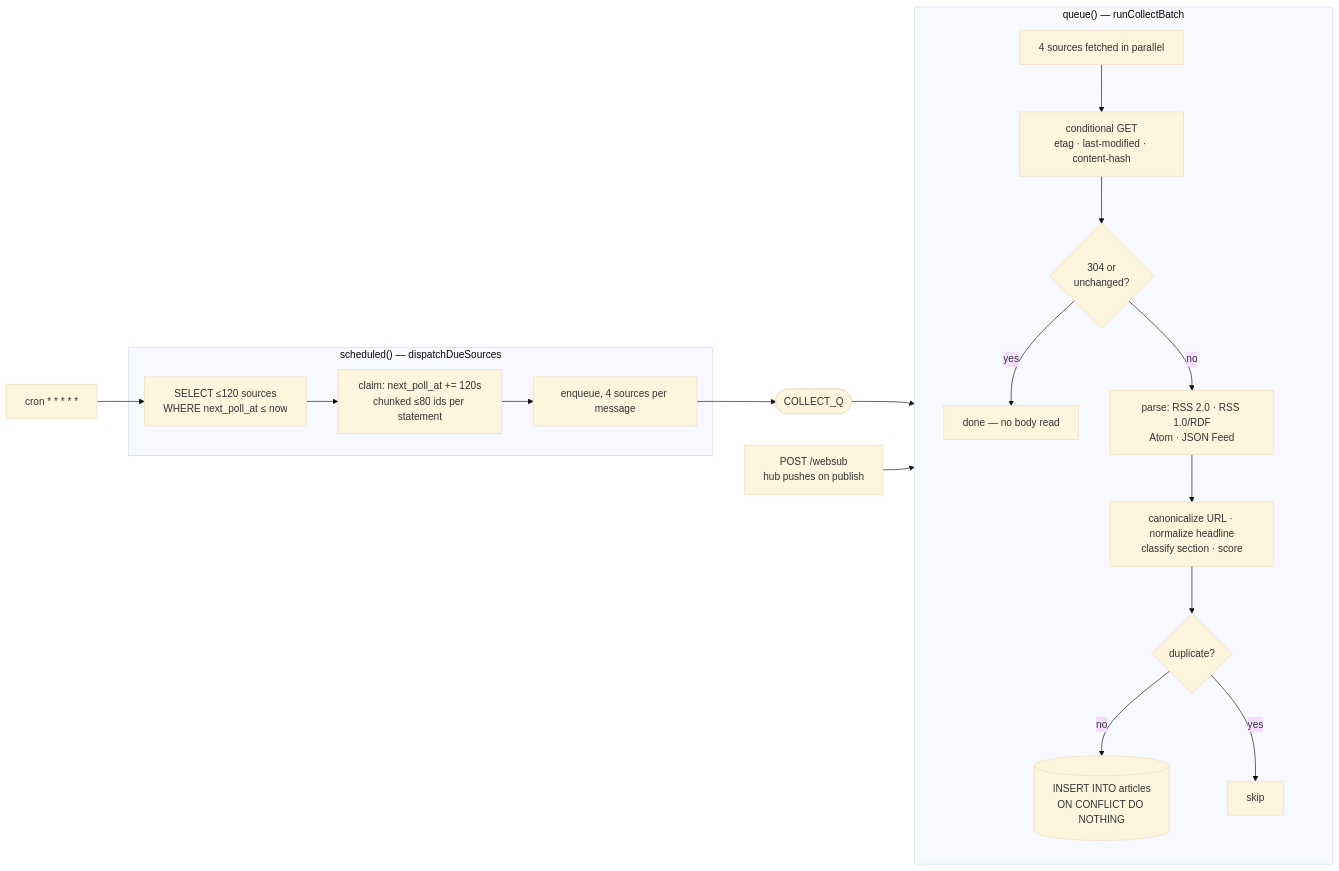
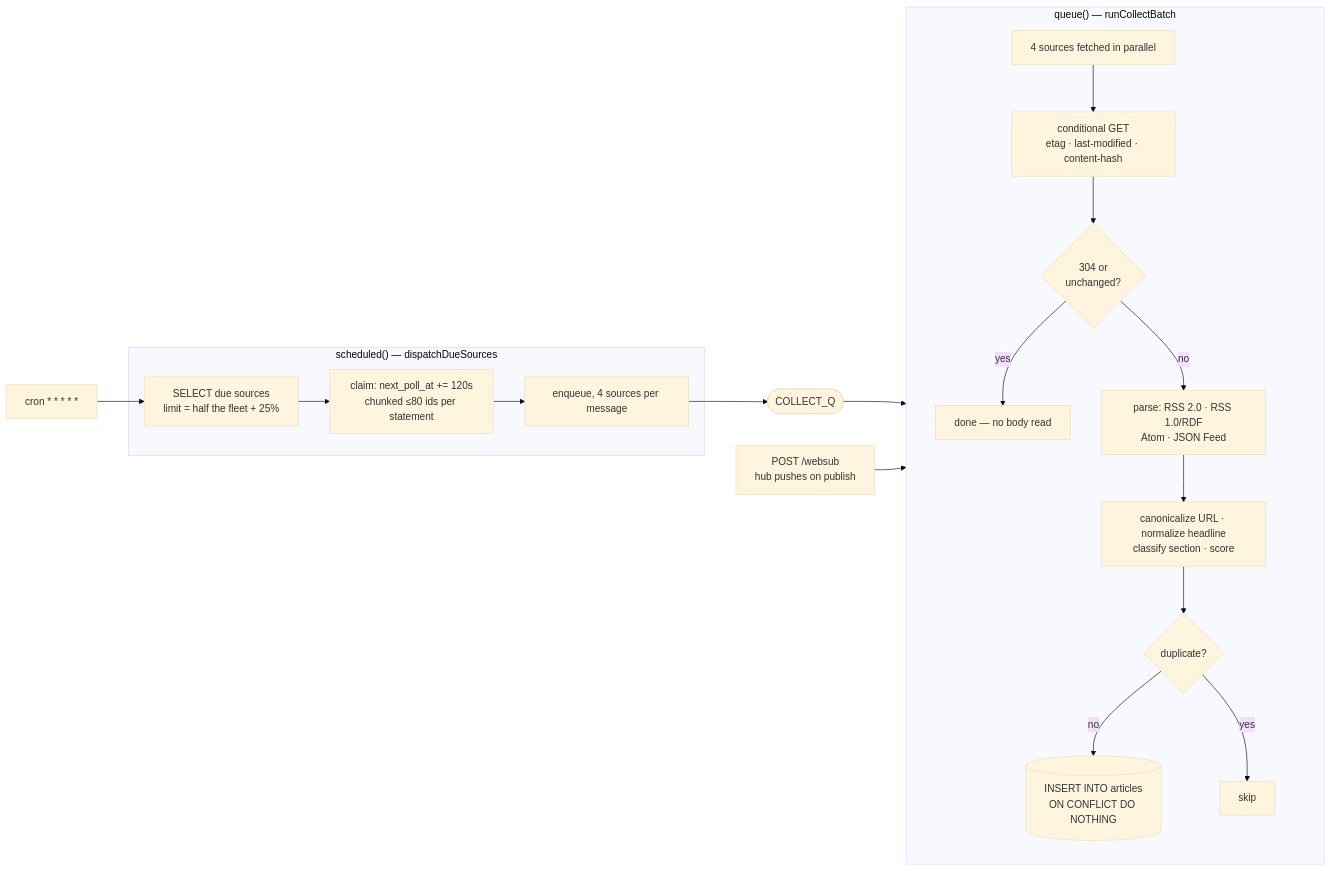
One commit to astroboy1183/tech-news-agent changed the third of 7 diagrams in docs/ARCHITECTURE.md. Above: the diagram before and after it, drawn with Mermaid (base theme). The commit also changed other lines of this file, not shown here.

````diff
--- a/docs/ARCHITECTURE.md
+++ b/docs/ARCHITECTURE.md
@@ -175,32 +175,32 @@
 ```mermaid
 flowchart LR
     CRON["cron * * * * *"] --> CLAIM
 
     subgraph DISPATCH["scheduled() — dispatchDueSources"]
-        CLAIM["SELECT ≤120 sources<br/>WHERE next_poll_at ≤ now"]
+        CLAIM["SELECT due sources<br/>limit = half the fleet + 25%"]
         BUMP["claim: next_poll_at += 120s<br/>chunked ≤80 ids per statement"]
         SEND["enqueue, 4 sources per message"]
         CLAIM --> BUMP --> SEND
     end
 
     SEND --> Q(["COLLECT_Q"])
     Q --> CONSUME
 
     subgraph COLLECT["queue() — runCollectBatch"]
         direction TB
         CONSUME["4 sources fetched in parallel"]
         HTTP["conditional GET<br/>etag · last-modified · content-hash"]
         P304{"304 or<br/>unchanged?"}
         PARSE["parse: RSS 2.0 · RSS 1.0/RDF<br/>Atom · JSON Feed"]
         NORM["canonicalize URL · normalize headline<br/>classify section · score"]
         DEDUP{"duplicate?"}
         INSERT[("INSERT INTO articles<br/>ON CONFLICT DO NOTHING")]
         CONSUME --> HTTP --> P304
         P304 -->|yes| DONE["done — no body read"]
         P304 -->|no| PARSE --> NORM --> DEDUP
         DEDUP -->|no| INSERT
         DEDUP -->|yes| DROP["skip"]
     end
 
     WEBSUB["POST /websub<br/>hub pushes on publish"] --> PARSE
 ```
````
